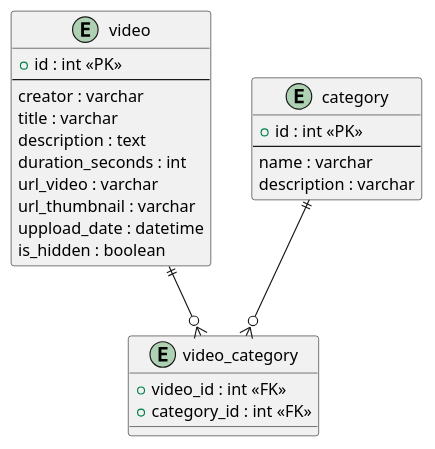
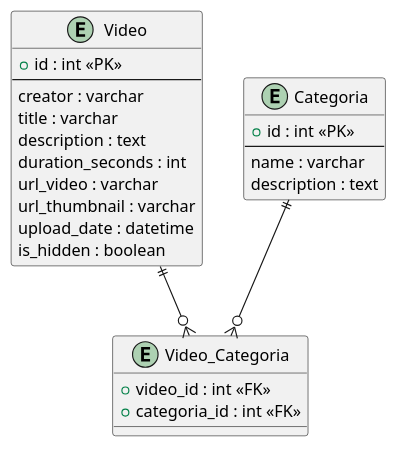
One commit to ComfyPenguin/Bloste-Docs changed the second of 8 diagrams in docs/backend/catalogo_contenidos.md. Above: the diagram before and after it, drawn with PlantUML. The commit also changed other lines of this file and 1 other file, not shown here.

First line of the commit message:
Update catalogo microservice documentation with complete API and architecture details

````diff
--- a/docs/backend/catalogo_contenidos.md
+++ b/docs/backend/catalogo_contenidos.md
@@ -71,37 +117,37 @@
 ```plantuml
 @startuml
 
-entity video {
+entity Video {
   +id : int <<PK>>
   --
   creator : varchar
   title : varchar
   description : text
   duration_seconds : int
   url_video : varchar
   url_thumbnail : varchar
-  uppload_date : datetime
+  upload_date : datetime
   is_hidden : boolean
 }
 
-entity category {
+entity Categoria {
   +id : int <<PK>>
   --
   name : varchar
-  description : varchar
+  description : text
 }
 
-entity video_category {
+entity Video_Categoria {
   +video_id : int <<FK>>
-  +category_id : int <<FK>>
+  +categoria_id : int <<FK>>
 }
 
 ' ===========================
 ' RELACIONES
 ' ===========================
 
-video ||--o{ video_category
-category ||--o{ video_category
+Video ||--o{ Video_Categoria
+Categoria ||--o{ Video_Categoria
 
 @enduml
 ```
````
